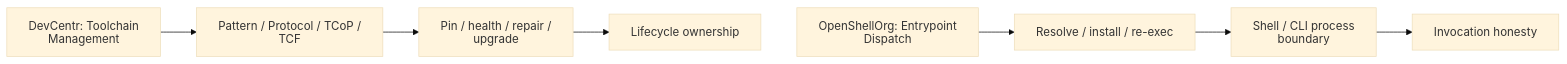
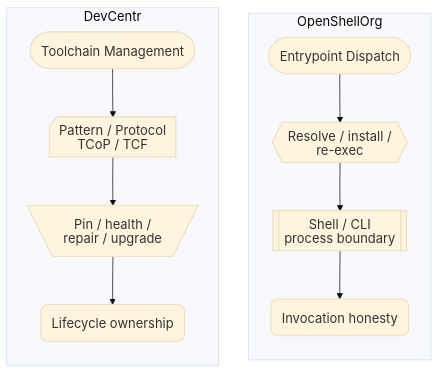
One commit to openshellorg/shell-architecture changed the diagram in docs/modules/ROOT/partials/diagrams/sibling-ownership.mmd. Above: the diagram before and after it, drawn with Mermaid. The commit also changed 7 other files, not shown here.

First line of the commit message:
diagrams: use semantic role shapes and readable 2-column layout

```diff
--- a/docs/modules/ROOT/partials/diagrams/sibling-ownership.mmd
+++ b/docs/modules/ROOT/partials/diagrams/sibling-ownership.mmd
@@ -1,13 +1,28 @@
-%%{init: {"htmlLabels": false, "flowchart": {"htmlLabels": false}, "theme": "base"}}%%
+%%{init: {"htmlLabels": false, "themeVariables": {"fontSize": "18px"}, "flowchart": {"htmlLabels": false, "nodeSpacing": 36, "rankSpacing": 42, "wrappingWidth": 230}, "theme": "base"}}%%
 flowchart LR
-  TM[DevCentr: Toolchain Management]
-  PP[Pattern / Protocol / TCoP / TCF]
-  LC[Pin / health / repair / upgrade]
-  LO[Lifecycle ownership]
-  TM --> PP --> LC --> LO
-  ED[OpenShellOrg: Entrypoint Dispatch]
-  RI[Resolve / install / re-exec]
-  SB[Shell / CLI process boundary]
-  IH[Invocation honesty]
-  ED --> RI --> SB --> IH
-  LO ~~~ ED
+  subgraph DC["DevCentr"]
+    direction TB
+    TM("Toolchain Management")
+    PP@{ shape: notch-rect, label: "Pattern / Protocol\nTCoP / TCF" }
+    LC@{ shape: trap-t, label: "Pin / health /\nrepair / upgrade" }
+    LO("Lifecycle ownership")
+    TM --> PP --> LC --> LO
+  end
+
+  subgraph OS["OpenShellOrg"]
+    direction TB
+    ED("Entrypoint Dispatch")
+    RI@{ shape: hex, label: "Resolve / install /\nre-exec" }
+    SB@{ shape: fr-rect, label: "Shell / CLI\nprocess boundary" }
+    IH("Invocation honesty")
+    ED --> RI --> SB --> IH
+  end
+
+  DC ~~~ OS
+
+  classDef pillar rx:28px,ry:28px,stroke-width:1.5px
+  classDef role stroke-width:1.5px
+  classDef outcome rx:10px,ry:10px,stroke-width:1.5px
+  class TM,ED pillar
+  class PP,LC,RI,SB role
+  class LO,IH outcome
```
